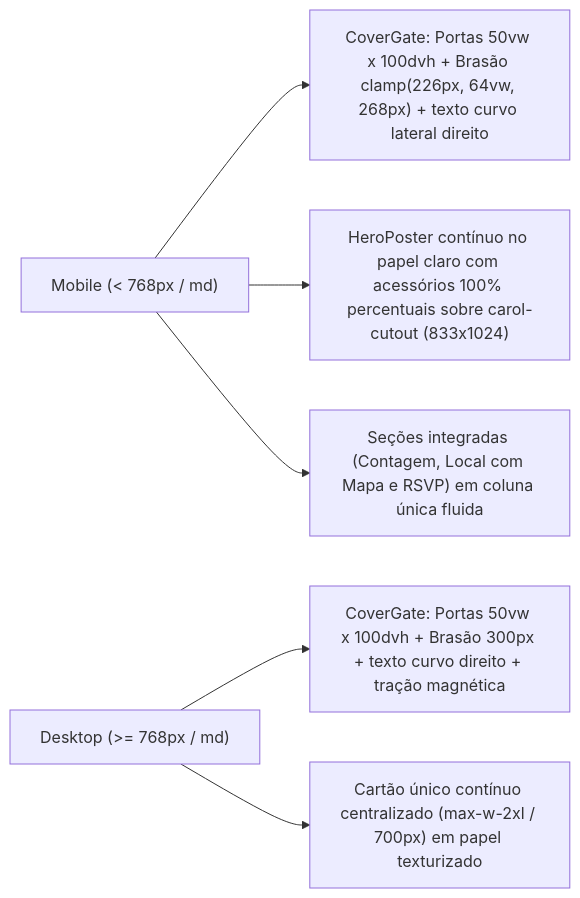
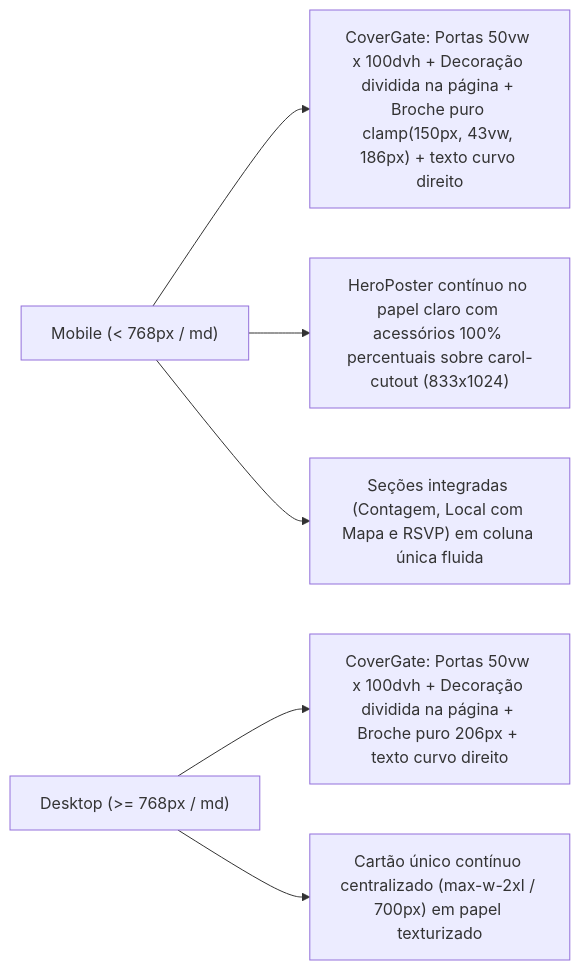
The diagram in Docs/03-design-system-e-responsividade.md (gomeslxy/carol-convite), drawn with Mermaid before and after one commit. The commit also changed other lines of this file and 10 other files, not shown here.

````diff
--- a/Docs/03-design-system-e-responsividade.md
+++ b/Docs/03-design-system-e-responsividade.md
@@ -63,8 +63,8 @@
 ```mermaid
 flowchart LR
-    M["Mobile (< 768px / md)"] --> M1["CoverGate: Portas 50vw x 100dvh + Brasão clamp(226px, 64vw, 268px) + texto curvo lateral direito"]
+    M["Mobile (< 768px / md)"] --> M1["CoverGate: Portas 50vw x 100dvh + Decoração dividida na página + Broche puro clamp(150px, 43vw, 186px) + texto curvo direito"]
     M --> M2["HeroPoster contínuo no papel claro com acessórios 100% percentuais sobre carol-cutout (833x1024)"]
     M --> M3["Seções integradas (Contagem, Local com Mapa e RSVP) em coluna única fluida"]
-    D["Desktop (>= 768px / md)"] --> D1["CoverGate: Portas 50vw x 100dvh + Brasão 300px + texto curvo direito + tração magnética"]
+    D["Desktop (>= 768px / md)"] --> D1["CoverGate: Portas 50vw x 100dvh + Decoração dividida na página + Broche puro 206px + texto curvo direito"]
     D --> D2["Cartão único contínuo centralizado (max-w-2xl / 700px) em papel texturizado"]
 ```
````
